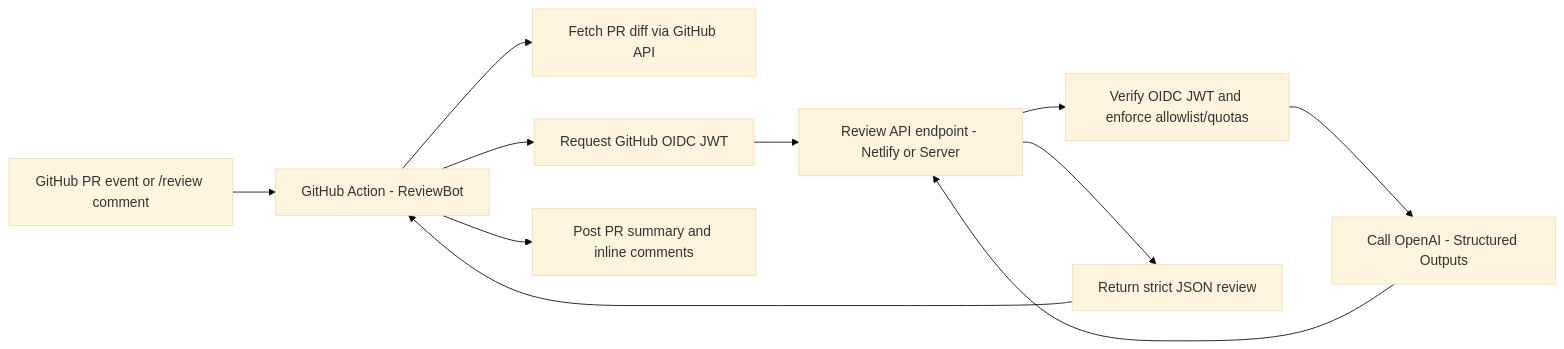
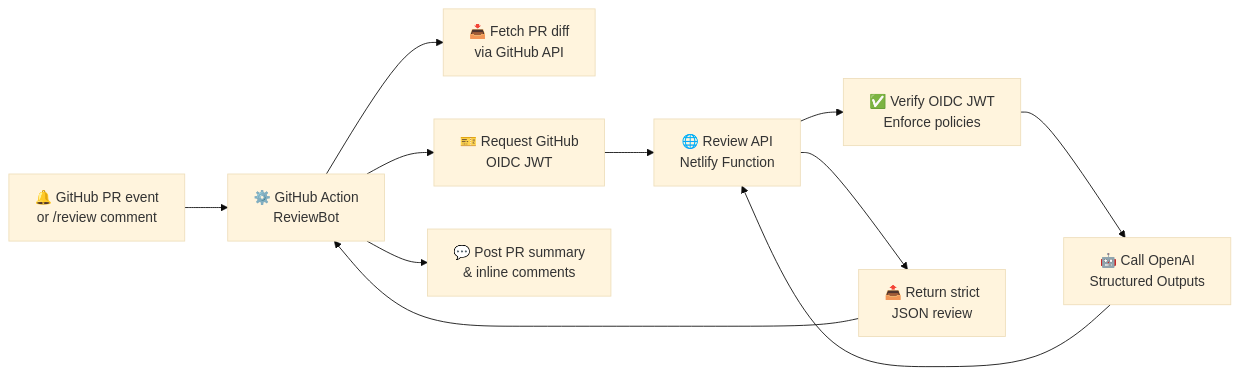
One commit to Twist-Turn/ai-code-review-assistant changed the first of 2 diagrams in README.md. Above: the diagram before and after it, drawn with Mermaid (base theme). The commit also changed other lines of this file, not shown here.

````diff
--- a/README.md
+++ b/README.md
@@ -16,13 +33,13 @@
 ```mermaid
 flowchart LR
-  A["GitHub PR event or /review comment"] --> B["GitHub Action - ReviewBot"]
-  B --> C["Fetch PR diff via GitHub API"]
-  B --> D["Request GitHub OIDC JWT"]
-  D --> E["Review API endpoint - Netlify or Server"]
-  E --> F["Verify OIDC JWT and enforce allowlist/quotas"]
-  F --> G["Call OpenAI - Structured Outputs"]
+  A["🔔 GitHub PR event<br/>or /review comment"] --> B["⚙️ GitHub Action<br/>ReviewBot"]
+  B --> C["📥 Fetch PR diff<br/>via GitHub API"]
+  B --> D["🎫 Request GitHub<br/>OIDC JWT"]
+  D --> E["🌐 Review API<br/>Netlify Function"]
+  E --> F["✅ Verify OIDC JWT<br/>Enforce policies"]
+  F --> G["🤖 Call OpenAI<br/>Structured Outputs"]
   G --> E
-  E --> H["Return strict JSON review"]
+  E --> H["📤 Return strict<br/>JSON review"]
   H --> B
-  B --> I["Post PR summary and inline comments"]
+  B --> I["💬 Post PR summary<br/>& inline comments"]
 ```
````
